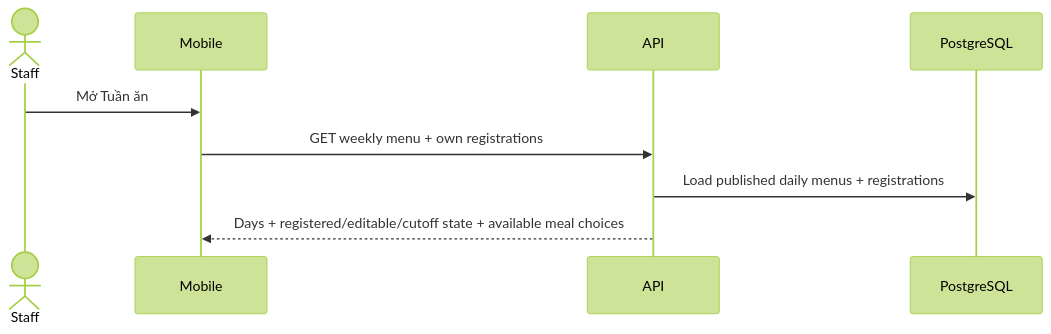
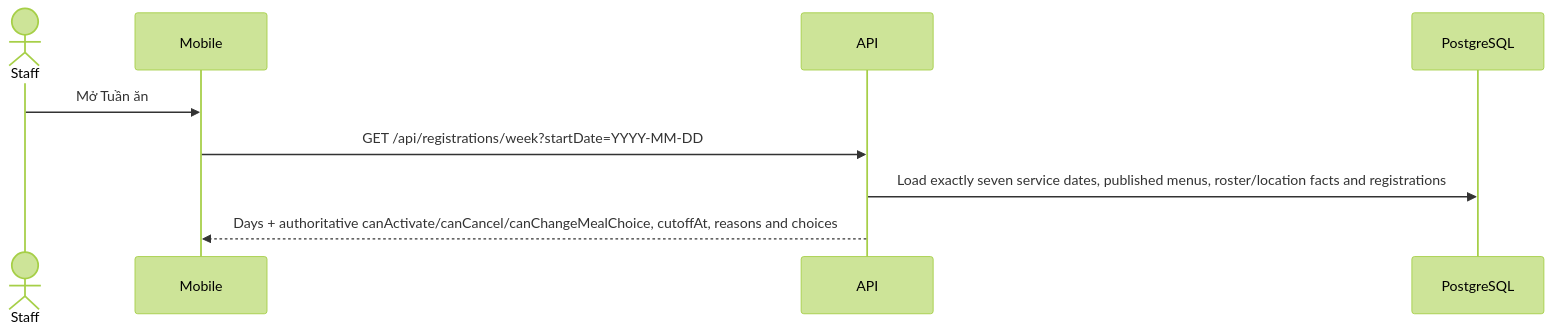
One commit to Wkiugt/IMeal-v3 changed the second of 6 diagrams in docs/03-product-flows.md. Above: the diagram before and after it, drawn with Mermaid (forest theme). The commit also changed other lines of this file and 21 other files, not shown here.

Commit message:
feat: add weekly registration batch draft flow

````diff
--- a/docs/03-product-flows.md
+++ b/docs/03-product-flows.md
@@ -132,12 +140,12 @@
 ```mermaid
 sequenceDiagram
     actor S as Staff
     participant M as Mobile
     participant API as API
     participant DB as PostgreSQL
 
     S->>M: Mở Tuần ăn
-    M->>API: GET weekly menu + own registrations
-    API->>DB: Load published daily menus + registrations
-    API-->>M: Days + registered/editable/cutoff state + available meal choices
+    M->>API: GET /api/registrations/week?startDate=YYYY-MM-DD
+    API->>DB: Load exactly seven service dates, published menus, roster/location facts and registrations
+    API-->>M: Days + authoritative canActivate/canCancel/canChangeMealChoice, cutoffAt, reasons and choices
 ```
````
